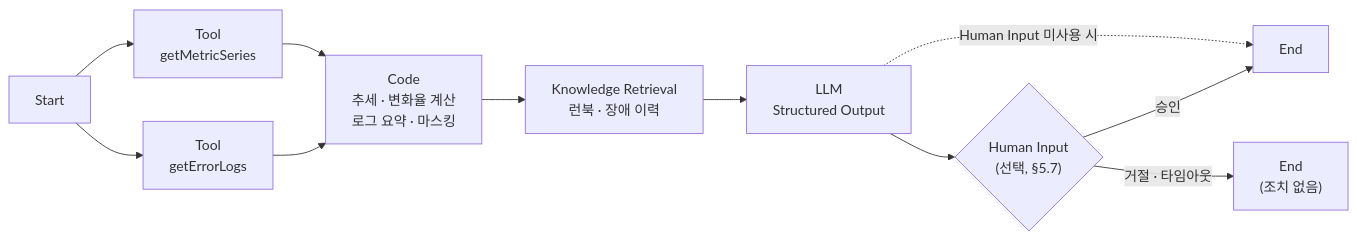
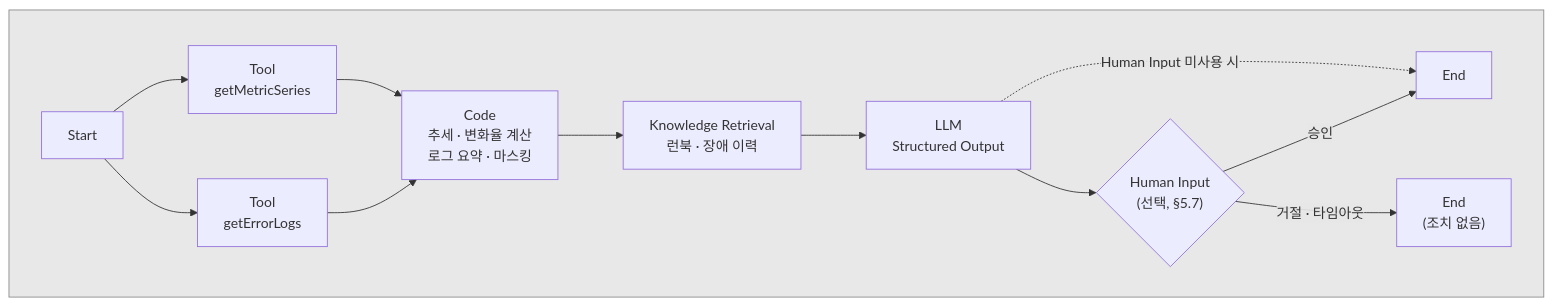
The second of 2 diagrams in docs/03_dify_agent_registration_guide.md (kongrtan/zt9k39pm2e), drawn with Mermaid before and after one commit. The commit also changed other lines of this file and 3 other files, not shown here.

````diff
--- a/docs/03_dify_agent_registration_guide.md
+++ b/docs/03_dify_agent_registration_guide.md
@@ -158,13 +162,17 @@
 ```mermaid
 flowchart LR
-    START["Start"] --> TOOL1["Tool<br/>getErrorLogs"]
-    START --> TOOL2["Tool<br/>getMetricSeries"]
-    TOOL1 --> CODE["Code<br/>추세 · 변화율 계산<br/>로그 요약 · 마스킹"]
-    TOOL2 --> CODE
-    CODE --> KR["Knowledge Retrieval<br/>런북 · 장애 이력"]
-    KR --> LLM["LLM<br/>Structured Output"]
-    LLM --> HI{"Human Input<br/>(선택, §5.7)"}
-    HI -- "승인" --> END["End"]
-    HI -- "거절 · 타임아웃" --> END2["End<br/>(조치 없음)"]
-    LLM -. "Human Input 미사용 시" .-> END
+    subgraph BG[" "]
+        direction LR
+        START["Start"] --> TOOL1["Tool<br/>getErrorLogs"]
+        START --> TOOL2["Tool<br/>getMetricSeries"]
+        TOOL1 --> CODE["Code<br/>추세 · 변화율 계산<br/>로그 요약 · 마스킹"]
+        TOOL2 --> CODE
+        CODE --> KR["Knowledge Retrieval<br/>런북 · 장애 이력"]
+        KR --> LLM["LLM<br/>Structured Output"]
+        LLM --> HI{"Human Input<br/>(선택, §5.7)"}
+        HI -- "승인" --> END["End"]
+        HI -- "거절 · 타임아웃" --> END2["End<br/>(조치 없음)"]
+        LLM -. "Human Input 미사용 시" .-> END
+    end
+    style BG fill:#8080802e,stroke:#8a8a8a
 ```
````
